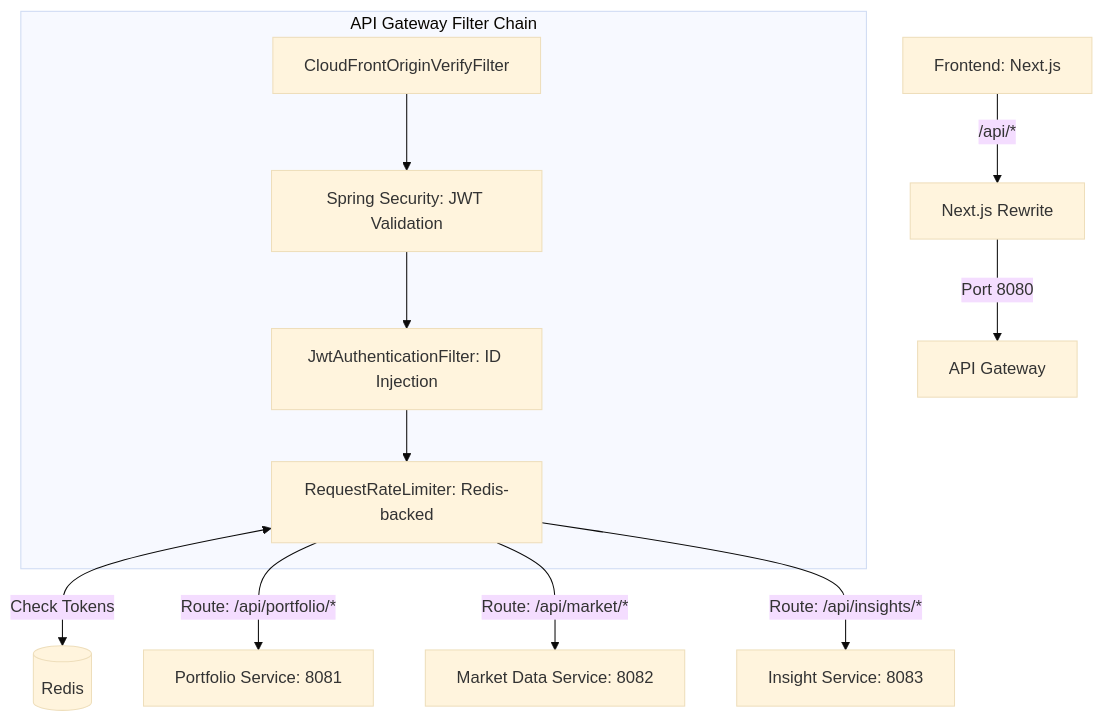
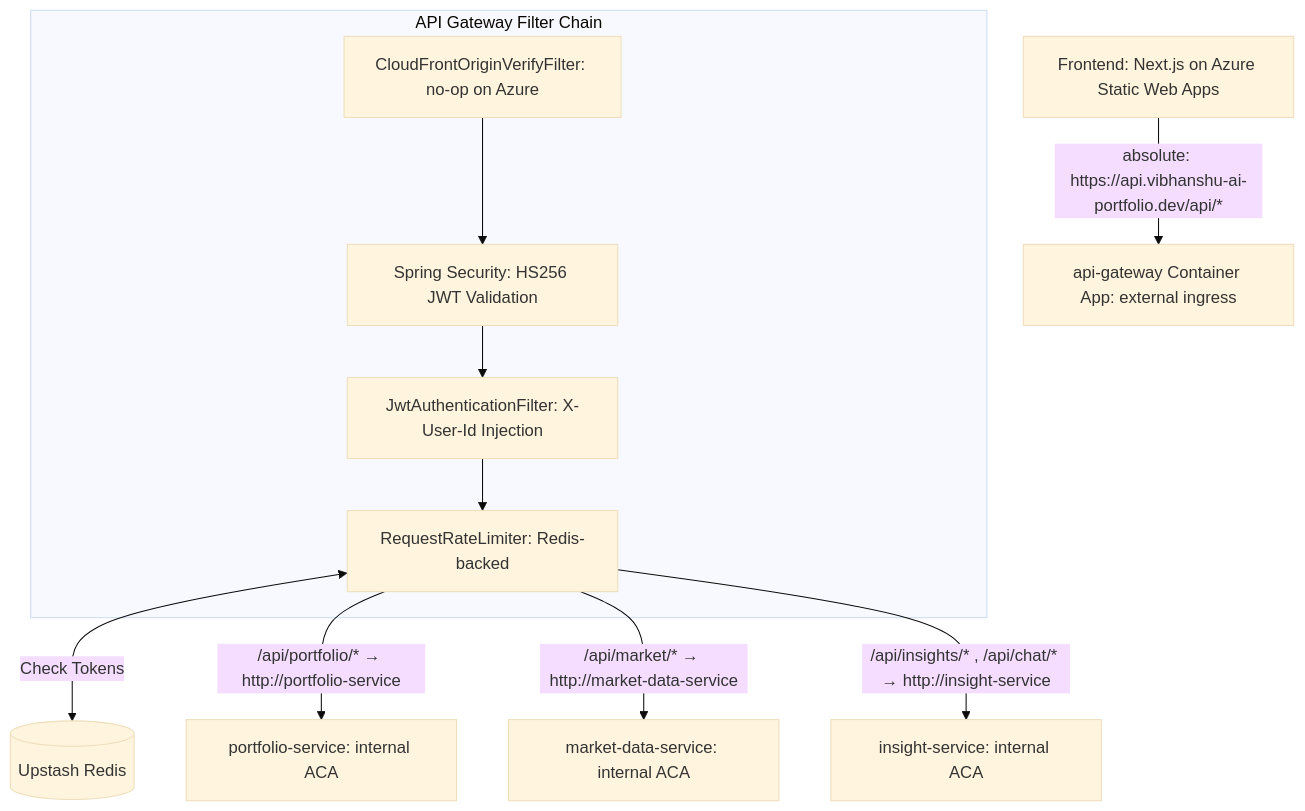
Before and after one commit to vibhanshu-agarwal/wealthmgmtandportfoliotracker: the diagram in docs/e2e-flows/api-gateway-service-e2e.md, drawn with Mermaid (base theme). The commit also changed other lines of this file and 3 other files, not shown here.

````diff
--- a/docs/e2e-flows/api-gateway-service-e2e.md
+++ b/docs/e2e-flows/api-gateway-service-e2e.md
@@ -53,22 +63,21 @@
 ```mermaid
 graph TD
-    A[Frontend: Next.js] -->|/api/*| B[Next.js Rewrite]
-    B -->|Port 8080| C[API Gateway]
-    
+    A[Frontend: Next.js on Azure Static Web Apps] -->|"absolute: https://api.vibhanshu-ai-portfolio.dev/api/*"| C[api-gateway Container App: external ingress]
+
     subgraph "API Gateway Filter Chain"
-        C1[CloudFrontOriginVerifyFilter]
-        C2[Spring Security: JWT Validation]
-        C3[JwtAuthenticationFilter: ID Injection]
+        C1[CloudFrontOriginVerifyFilter: no-op on Azure]
+        C2[Spring Security: HS256 JWT Validation]
+        C3[JwtAuthenticationFilter: X-User-Id Injection]
         C4[RequestRateLimiter: Redis-backed]
-        
+
         C1 --> C2
         C2 --> C3
         C3 --> C4
     end
-    
-    C4 <-->|Check Tokens| D[(Redis)]
-    
-    C4 -->|Route: /api/portfolio/*| E[Portfolio Service: 8081]
-    C4 -->|Route: /api/market/*| F[Market Data Service: 8082]
-    C4 -->|Route: /api/insights/*| G[Insight Service: 8083]
+
+    C4 <-->|Check Tokens| D[(Upstash Redis)]
+
+    C4 -->|"/api/portfolio/* → http://portfolio-service"| E[portfolio-service: internal ACA]
+    C4 -->|"/api/market/* → http://market-data-service"| F[market-data-service: internal ACA]
+    C4 -->|"/api/insights/* , /api/chat/* → http://insight-service"| G[insight-service: internal ACA]
 ```
````
